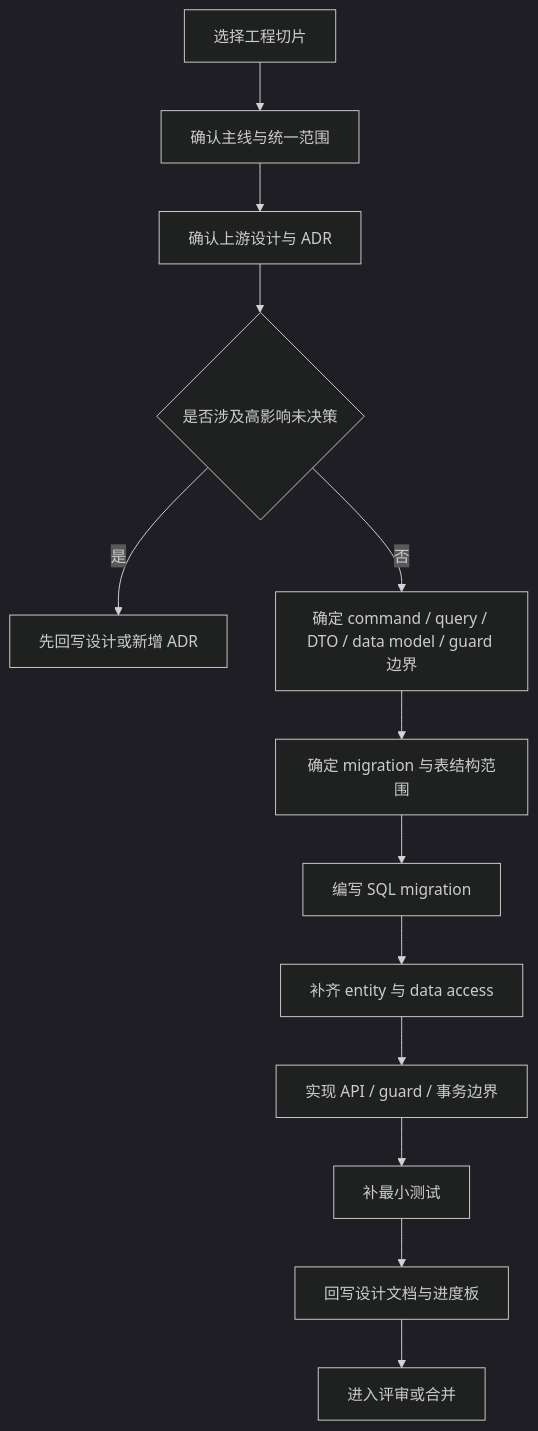
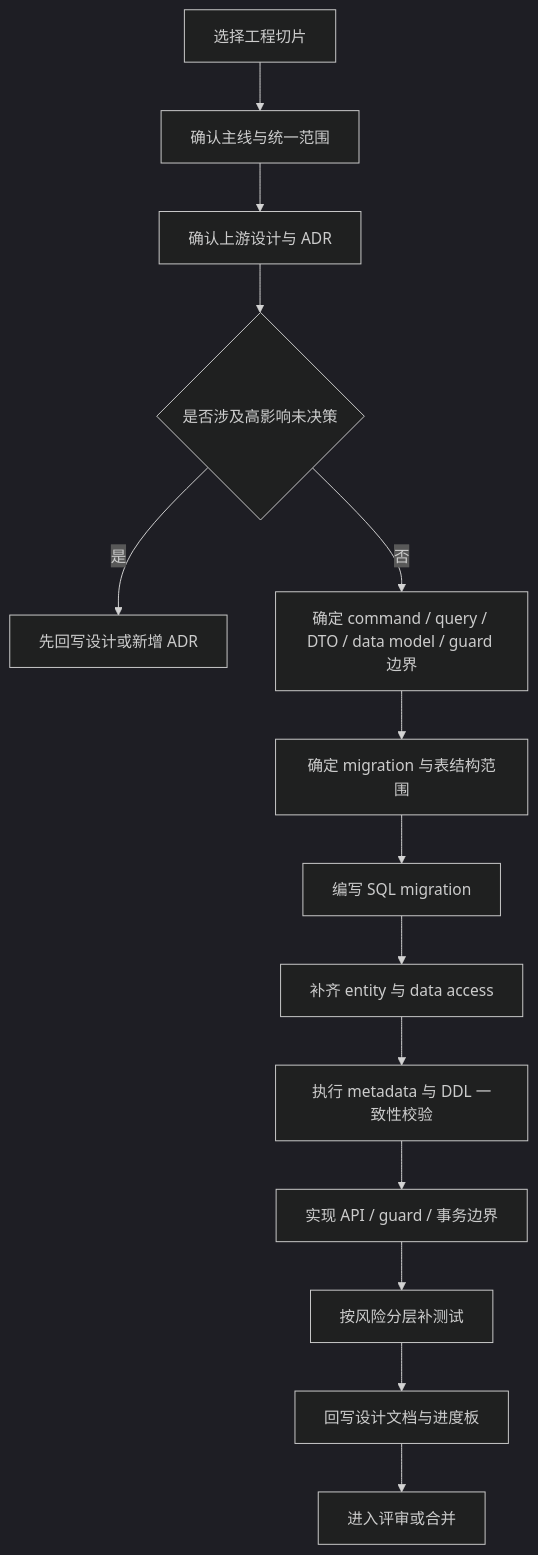
One commit to illusion-tech/poms changed the diagram in docs/design/implementation-delivery-guide.md. Above: the diagram before and after it, drawn with Mermaid (dark theme). The commit also changed other lines of this file and 11 other files, not shown here.

````diff
--- a/docs/design/implementation-delivery-guide.md
+++ b/docs/design/implementation-delivery-guide.md
@@ -135,15 +191,16 @@
 ```mermaid
 flowchart TD
     A[选择工程切片] --> B[确认主线与统一范围]
     B --> C[确认上游设计与 ADR]
     C --> D{是否涉及高影响未决策}
     D -- 是 --> E[先回写设计或新增 ADR]
     D -- 否 --> F[确定 command / query / DTO / data model / guard 边界]
     F --> G[确定 migration 与表结构范围]
     G --> H[编写 SQL migration]
     H --> I[补齐 entity 与 data access]
-    I --> J[实现 API / guard / 事务边界]
-    J --> K[补最小测试]
-    K --> L[回写设计文档与进度板]
-    L --> M[进入评审或合并]
+    I --> J[执行 metadata 与 DDL 一致性校验]
+    J --> K[实现 API / guard / 事务边界]
+    K --> L[按风险分层补测试]
+    L --> M[回写设计文档与进度板]
+    M --> N[进入评审或合并]
 ```
````
